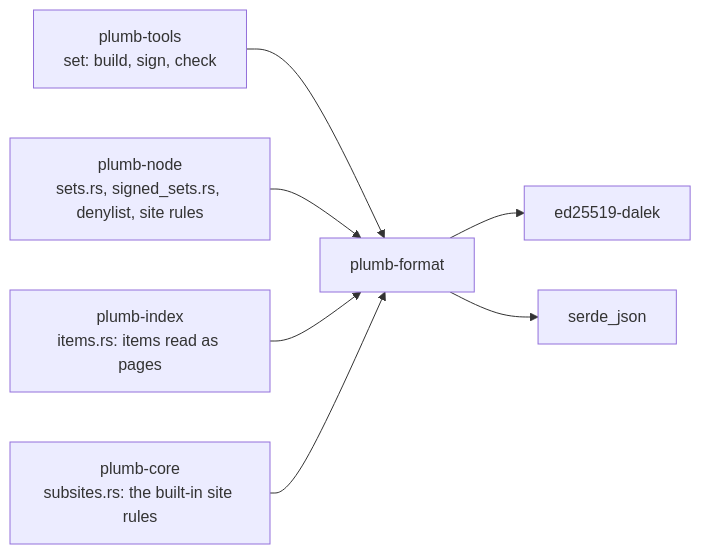
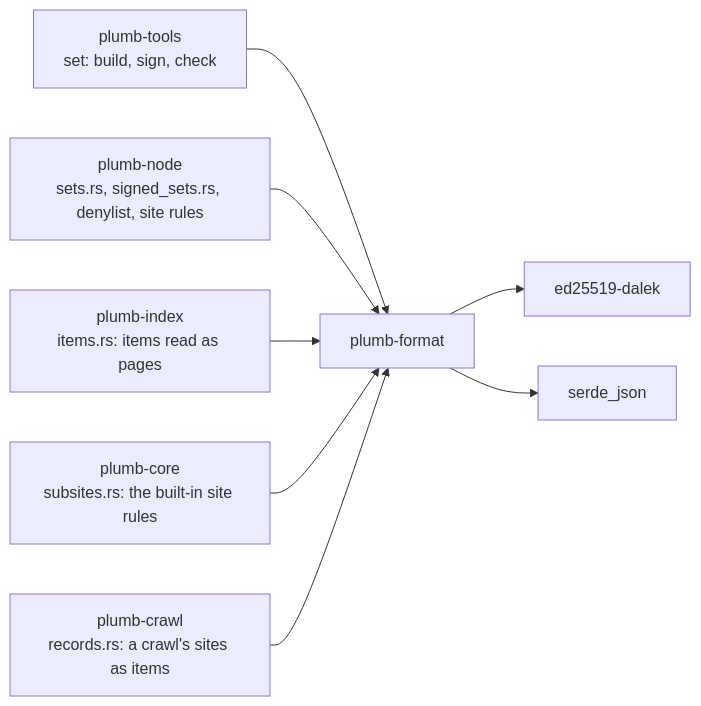
The first of 2 diagrams in crates/plumb-format/README.md (SueHeir/plumb-search), drawn with Mermaid before and after one commit. The commit also changed 10 other files, not shown here.

````diff
--- a/crates/plumb-format/README.md
+++ b/crates/plumb-format/README.md
@@ -19,9 +19,10 @@
 ```mermaid
 flowchart LR
   tools["plumb-tools<br/>set: build, sign, check"] --> format["plumb-format"]
   node["plumb-node<br/>sets.rs, signed_sets.rs, denylist, site rules"] --> format
   index["plumb-index<br/>items.rs: items read as pages"] --> format
   core["plumb-core<br/>subsites.rs: the built-in site rules"] --> format
+  crawl["plumb-crawl<br/>records.rs: a crawl's sites as items"] --> format
   format --> ed["ed25519-dalek"]
   format --> json["serde_json"]
 ```
````
